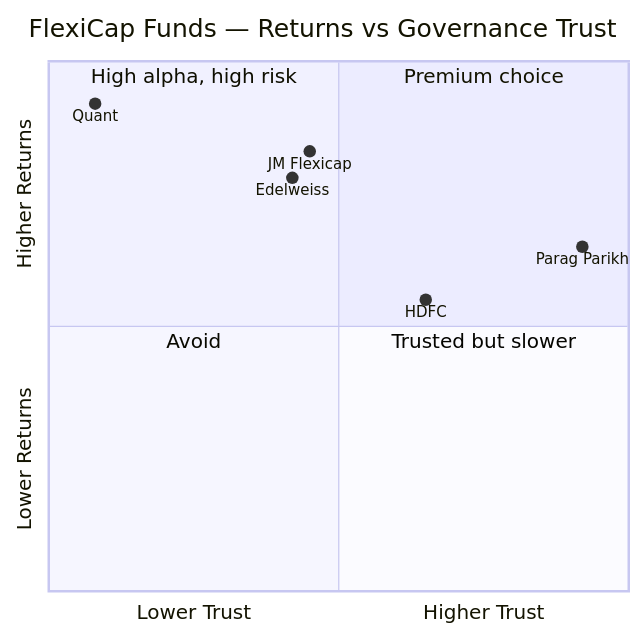
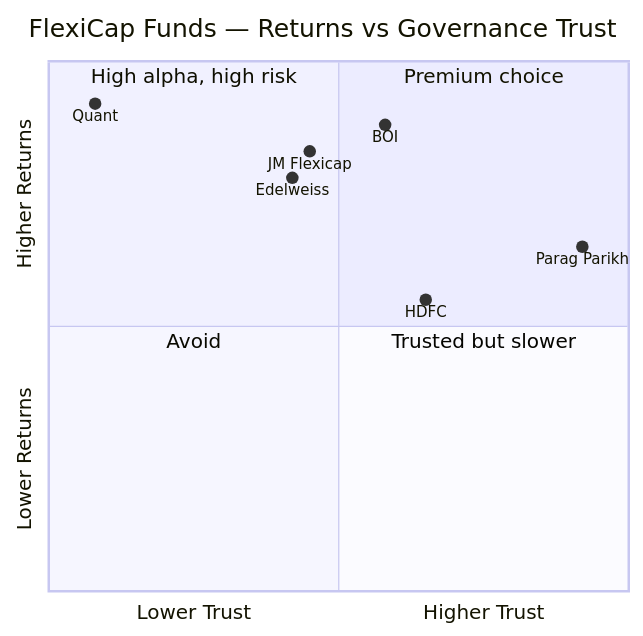
Before and after one commit to mayankutkarsh334/Investment: the second of 4 diagrams in Mutual Fund/FlexiCap/decision_tree.md, drawn with Mermaid. The commit also changed other lines of this file, not shown here.

First line of the commit message:
Refresh FlexiCap decision tree — integrate BOI as #2

````diff
--- a/Mutual Fund/FlexiCap/decision_tree.md
+++ b/Mutual Fund/FlexiCap/decision_tree.md
@@ -174,15 +176,16 @@
 ```mermaid
 quadrantChart
     title FlexiCap Funds — Returns vs Governance Trust
     x-axis "Lower Trust" --> "Higher Trust"
     y-axis "Lower Returns" --> "Higher Returns"
     quadrant-1 Premium choice
     quadrant-2 High alpha, high risk
     quadrant-3 Avoid
     quadrant-4 Trusted but slower
     Parag Parikh: [0.92, 0.65]
+    BOI: [0.58, 0.88]
     JM Flexicap: [0.45, 0.83]
     Edelweiss: [0.42, 0.78]
     HDFC: [0.65, 0.55]
     Quant: [0.08, 0.92]
 ```
````
